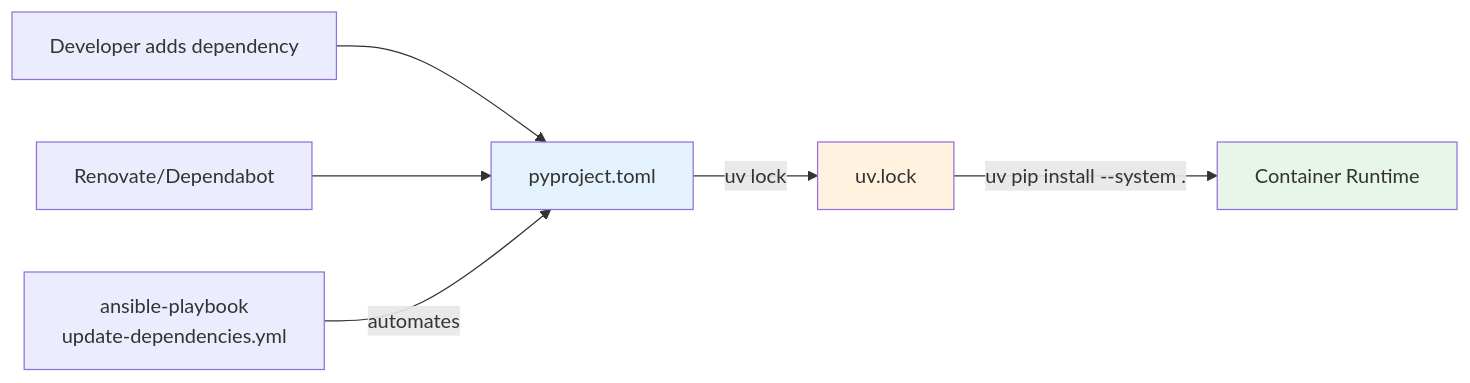
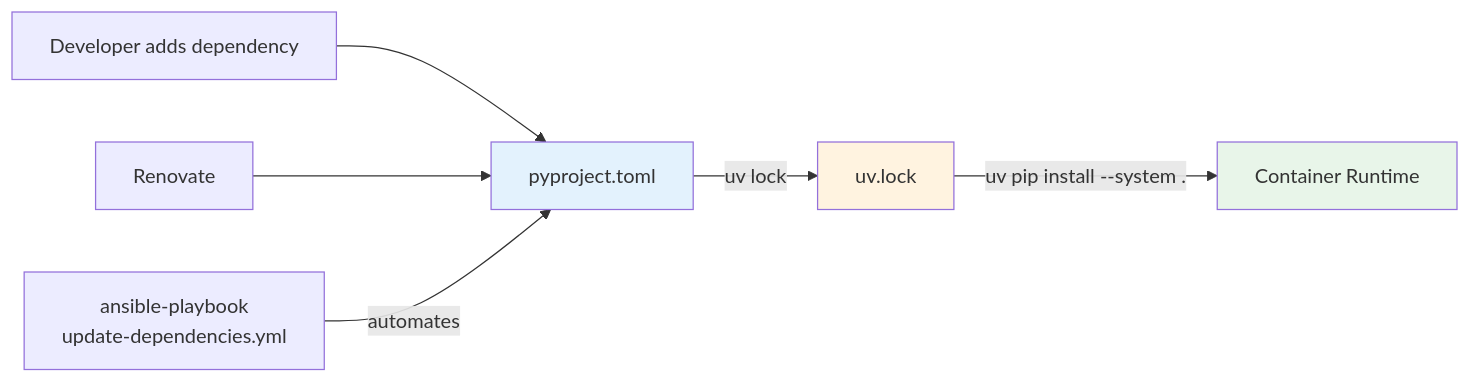
One commit to malpanez/ansible-devcontainer-vscode changed the second of 11 diagrams in docs/ARCHITECTURE.md. Above: the diagram before and after it, drawn with Mermaid. The commit also changed 5 other files, not shown here.

First line of the commit message:
chore(deps): migrate from Dependabot to Renovate

````diff
--- a/docs/ARCHITECTURE.md
+++ b/docs/ARCHITECTURE.md
@@ -45,14 +45,14 @@
 ```mermaid
 graph LR
     A[pyproject.toml] -->|uv lock| B[uv.lock]
     B -->|uv pip install --system .| C[Container Runtime]
 
     D[Developer adds dependency] --> A
-    E[Renovate/Dependabot] --> A
+    E[Renovate] --> A
 
     F[ansible-playbook<br/>update-dependencies.yml] -->|automates| A
 
     style A fill:#e3f2fd
     style B fill:#fff3e0
     style C fill:#e8f5e9
 ```
````
